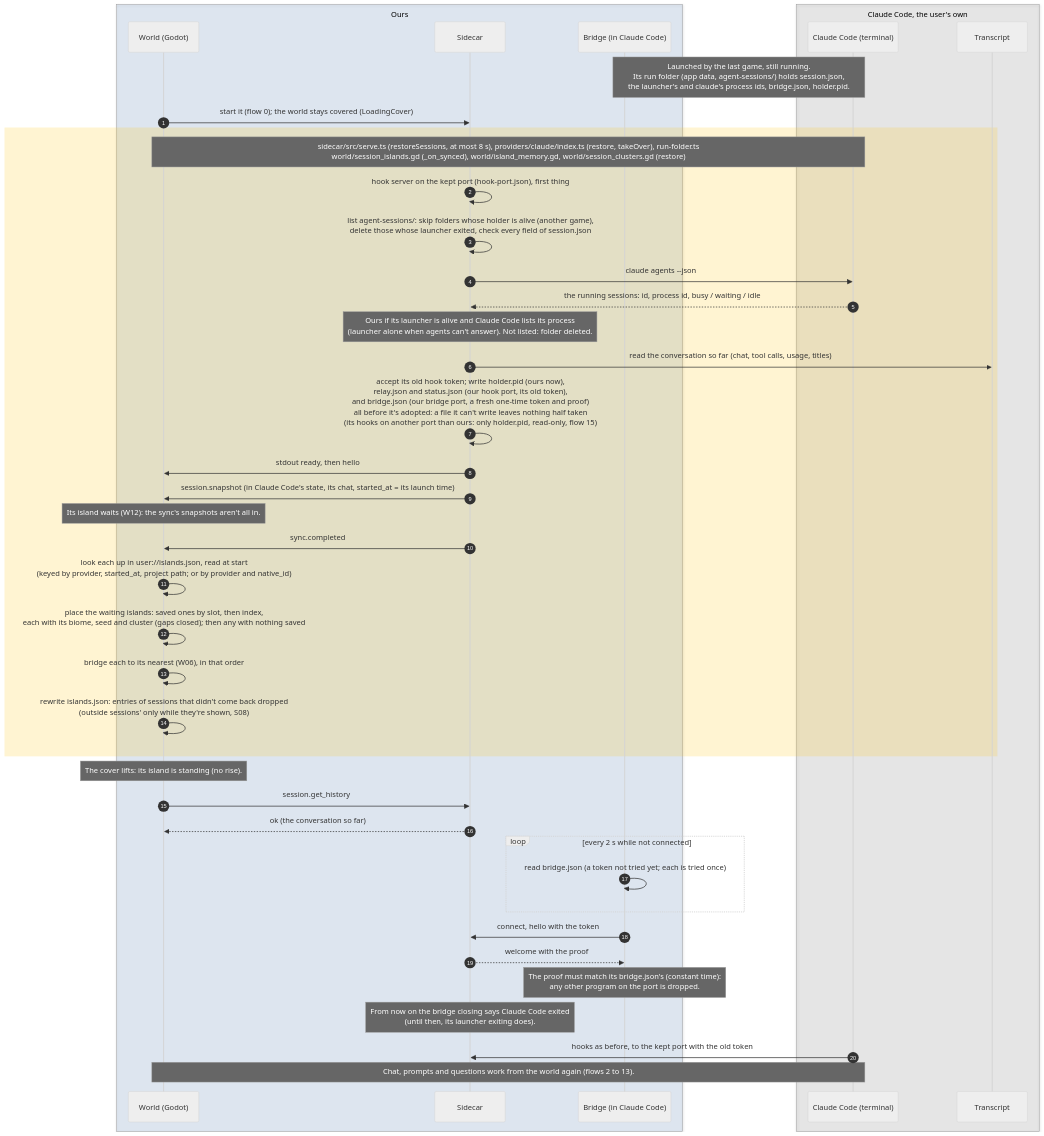
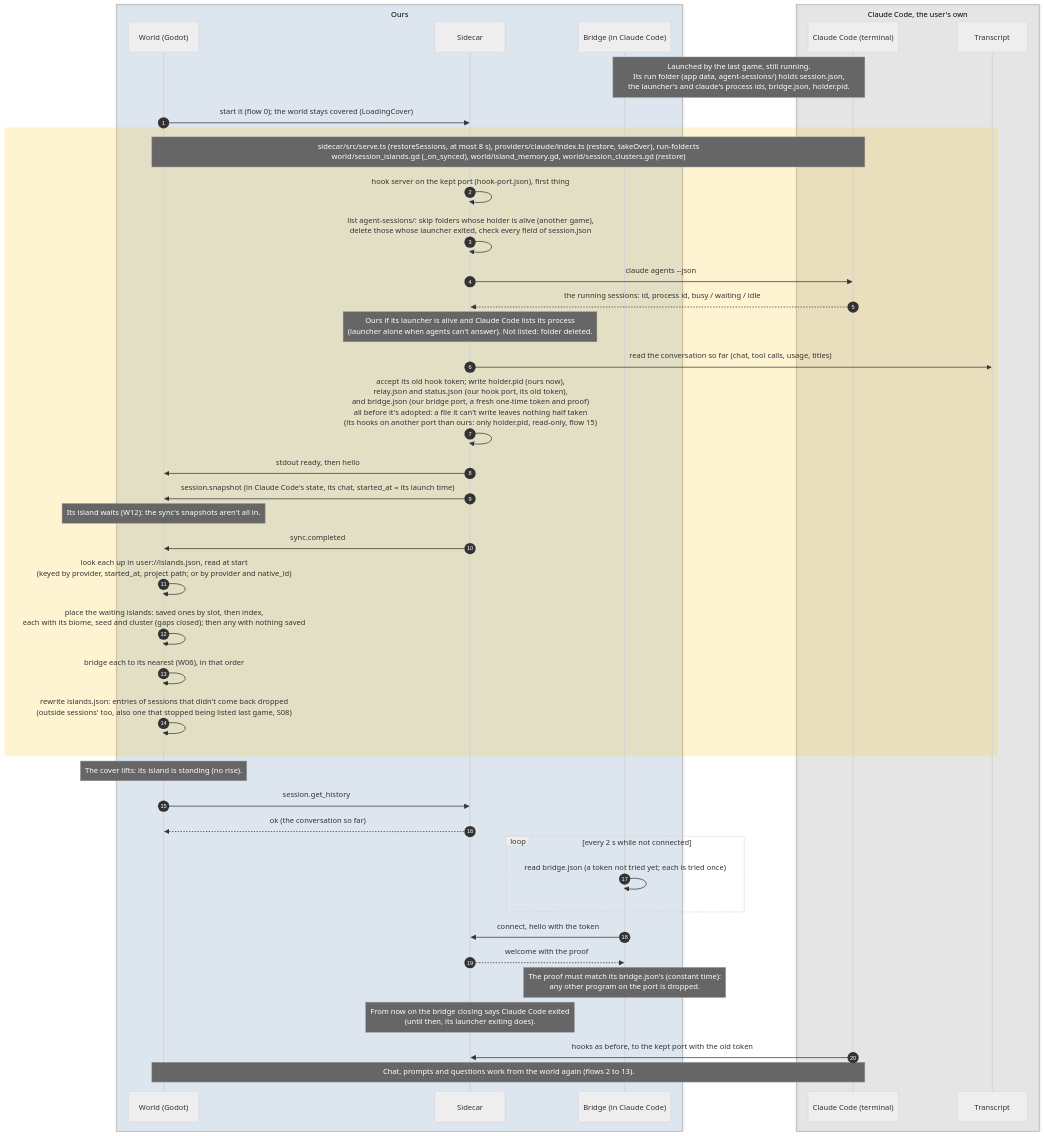
Before and after one commit to PaoloPortugal/The-Beach: the diagram in docs/diagrams/sequence/14-reattach-after-restart.md, drawn with Mermaid (neutral theme). The commit also changed 13 other files, not shown here.

````diff
--- a/docs/diagrams/sequence/14-reattach-after-restart.md
+++ b/docs/diagrams/sequence/14-reattach-after-restart.md
@@ -8,48 +8,48 @@
 ```mermaid
 sequenceDiagram
     autonumber
 
     box rgba(47,111,191,0.12) Ours
         participant World as World (Godot)
         participant Sidecar
         participant Bridge as Bridge (in Claude Code)
     end
 
     box rgba(128,128,128,0.14) Claude Code, the user's own
         participant Claude as Claude Code (terminal)
         participant Log as Transcript
     end
 
     Note over Claude,Bridge: Launched by the last game, still running.<br/>Its run folder (app data, agent-sessions/) holds session.json,<br/>the launcher's and claude's process ids, bridge.json, holder.pid.
     World->>Sidecar: start it (flow 0)#59; the world stays covered (LoadingCover)
     rect rgba(255,193,7,0.18)
         Note over World,Claude: sidecar/src/serve.ts (restoreSessions, at most 8 s), providers/claude/index.ts (restore, takeOver), run-folder.ts<br/>world/session_islands.gd (_on_synced), world/island_memory.gd, world/session_clusters.gd (restore)
         Sidecar->>Sidecar: hook server on the kept port (hook-port.json), first thing
         Sidecar->>Sidecar: list agent-sessions/: skip folders whose holder is alive (another game),<br/>delete those whose launcher exited, check every field of session.json
         Sidecar->>Claude: claude agents --json
         Claude-->>Sidecar: the running sessions: id, process id, busy / waiting / idle
         Note over Sidecar: Ours if its launcher is alive and Claude Code lists its process<br/>(launcher alone when agents can't answer). Not listed: folder deleted.
         Sidecar->>Log: read the conversation so far (chat, tool calls, usage, titles)
         Sidecar->>Sidecar: accept its old hook token#59; write holder.pid (ours now),<br/>relay.json and status.json (our hook port, its old token),<br/>and bridge.json (our bridge port, a fresh one-time token and proof)<br/>all before it's adopted: a file it can't write leaves nothing half taken<br/>(its hooks on another port than ours: only holder.pid, read-only, flow 15)
         Sidecar->>World: stdout ready, then hello
         Sidecar->>World: session.snapshot (in Claude Code's state, its chat, started_at = its launch time)
         Note over World: Its island waits (W12): the sync's snapshots aren't all in.
         Sidecar->>World: sync.completed
         World->>World: look each up in user://islands.json, read at start<br/>(keyed by provider, started_at, project path#59; or by provider and native_id)
         World->>World: place the waiting islands: saved ones by slot, then index,<br/>each with its biome, seed and cluster (gaps closed)#59; then any with nothing saved
         World->>World: bridge each to its nearest (W06), in that order
-        World->>World: rewrite islands.json: entries of sessions that didn't come back dropped<br/>(outside sessions' only while they're shown, S08)
+        World->>World: rewrite islands.json: entries of sessions that didn't come back dropped<br/>(outside sessions' too, also one that stopped being listed last game, S08)
     end
     Note over World: The cover lifts: its island is standing (no rise).
     World->>Sidecar: session.get_history
     Sidecar-->>World: ok (the conversation so far)
     loop every 2 s while not connected
         Bridge->>Bridge: read bridge.json (a token not tried yet#59; each is tried once)
     end
     Bridge->>Sidecar: connect, hello with the token
     Sidecar-->>Bridge: welcome with the proof
     Note over Bridge: The proof must match its bridge.json's (constant time):<br/>any other program on the port is dropped.
     Note over Sidecar: From now on the bridge closing says Claude Code exited<br/>(until then, its launcher exiting does).
     Claude->>Sidecar: hooks as before, to the kept port with the old token
     Note over World,Claude: Chat, prompts and questions work from the world again (flows 2 to 13).
 ```
````
